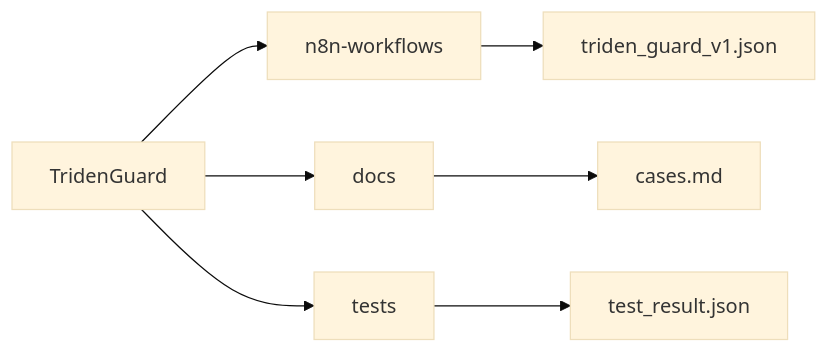
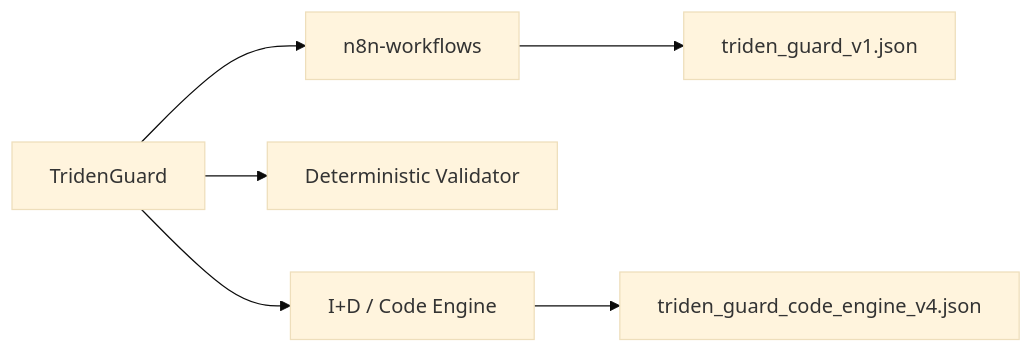
The second of 2 diagrams in README.md (AlexusPacicus/TridenGuard), drawn with Mermaid (base theme) before and after one commit. The commit also changed other lines of this file, not shown here.

Commit message:
docs: finalize hackathon readme with full architecture and quick start guide

````diff
--- a/README.md
+++ b/README.md
@@ -66,11 +66,10 @@
 ```mermaid
 graph LR
     Root[TridenGuard]
     Root --> Workflows[n8n-workflows]
-    Root --> Docs[docs]
-    Root --> Tests[tests]
+    Root --> Logic[Deterministic Validator]
+    Root --> Research[I+D / Code Engine]
     
     Workflows --> W1[triden_guard_v1.json]
-    Docs --> D1[cases.md]
-    Tests --> T1[test_result.json]
+    Research --> R1[triden_guard_code_engine_v4.json]
 ```
````
